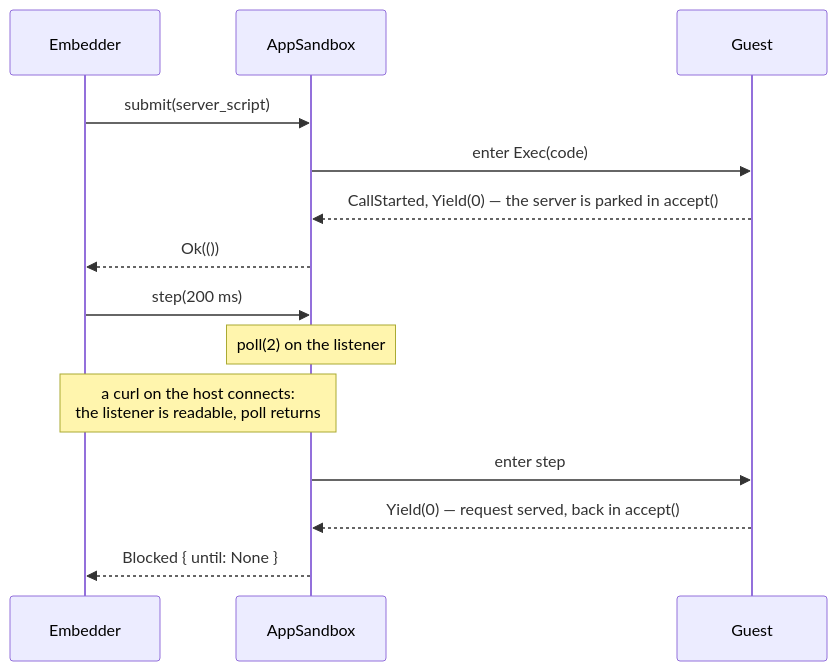
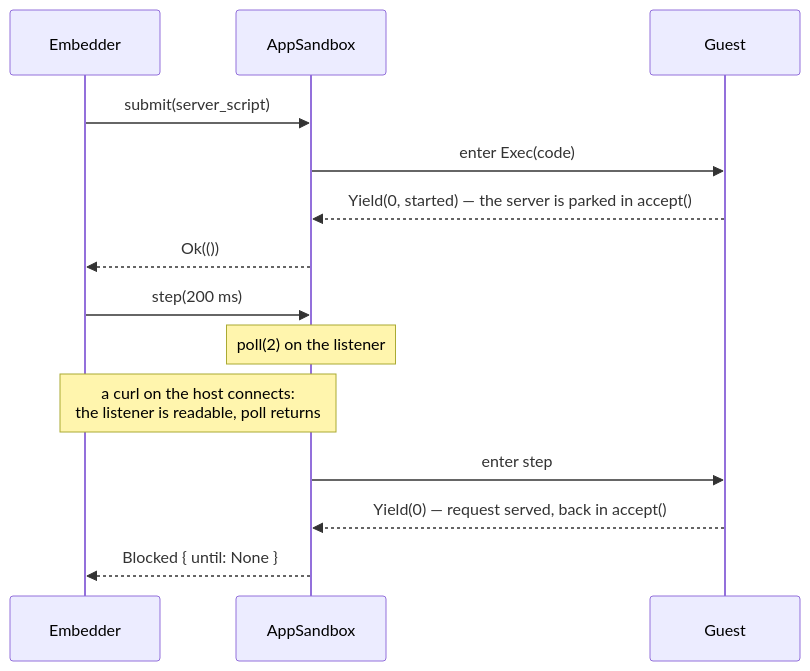
Before and after one commit to hyperlight-dev/hyperlight-unikraft: the fifth of 7 diagrams in docs/execution.md, drawn with Mermaid. The commit also changed other lines of this file and 9 other files, not shown here.

````diff
--- a/docs/execution.md
+++ b/docs/execution.md
@@ -126,17 +125,17 @@
 ```mermaid
 sequenceDiagram
     participant A as Embedder
     participant S as AppSandbox
     participant G as Guest
 
     A->>S: submit(server_script)
     S->>G: enter Exec(code)
-    G-->>S: CallStarted, Yield(0) — the server is parked in accept()
+    G-->>S: Yield(0, started) — the server is parked in accept()
     S-->>A: Ok(())
     A->>S: step(200 ms)
     Note over S: poll(2) on the listener
     Note over A,S: a curl on the host connects:<br/>the listener is readable, poll returns
     S->>G: enter step
     G-->>S: Yield(0) — request served, back in accept()
     S-->>A: Blocked { until: None }
 ```
````
